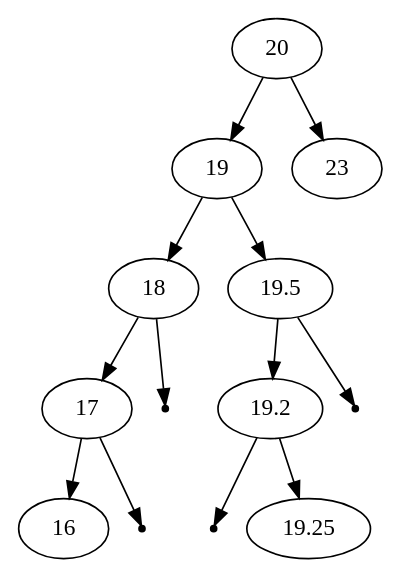
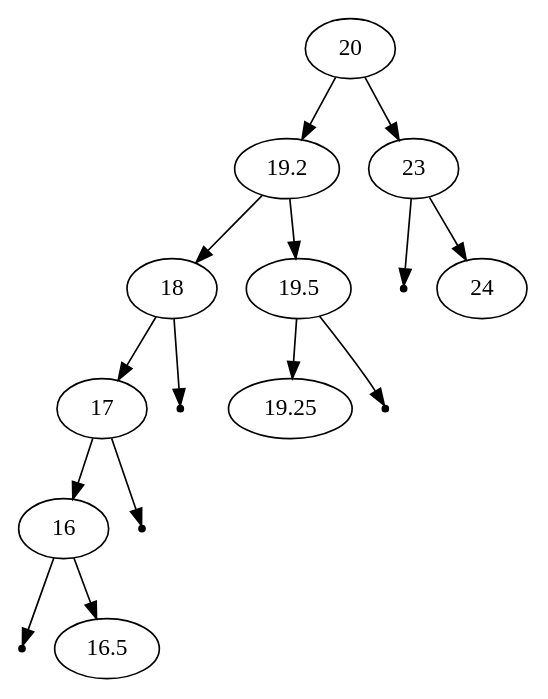
Before and after one commit to muniri92/Data-Structures-2.0: the diagram in src/graph.gv, drawn with Graphviz. The commit also changed 2 other files, not shown here.

```diff
--- a/src/graph.gv
+++ b/src/graph.gv
@@ -1,19 +1,22 @@
 digraph G{
 	20;
-	20 -> 19;
-	19 -> 18;
+	20 -> 19.2;
+	19.2 -> 18;
 	18 -> 17;
 	17 -> 16;
-	null57488869 [shape=point];
-	17 -> null57488869;
-	null264590806 [shape=point];
-	18 -> null264590806;
-	19 -> 19.5;
-	19.5 -> 19.2;
-	null54137705 [shape=point];
-	19.2 -> null54137705;
-	19.2 -> 19.25;
-	null887089553 [shape=point];
-	19.5 -> null887089553;
+	null603581228 [shape=point];
+	16 -> null603581228;
+	16 -> 16.5;
+	null105976346 [shape=point];
+	17 -> null105976346;
+	null878710266 [shape=point];
+	18 -> null878710266;
+	19.2 -> 19.5;
+	19.5 -> 19.25;
+	null622046257 [shape=point];
+	19.5 -> null622046257;
 	20 -> 23;
+	null740211508 [shape=point];
+	23 -> null740211508;
+	23 -> 24;
 }
```
